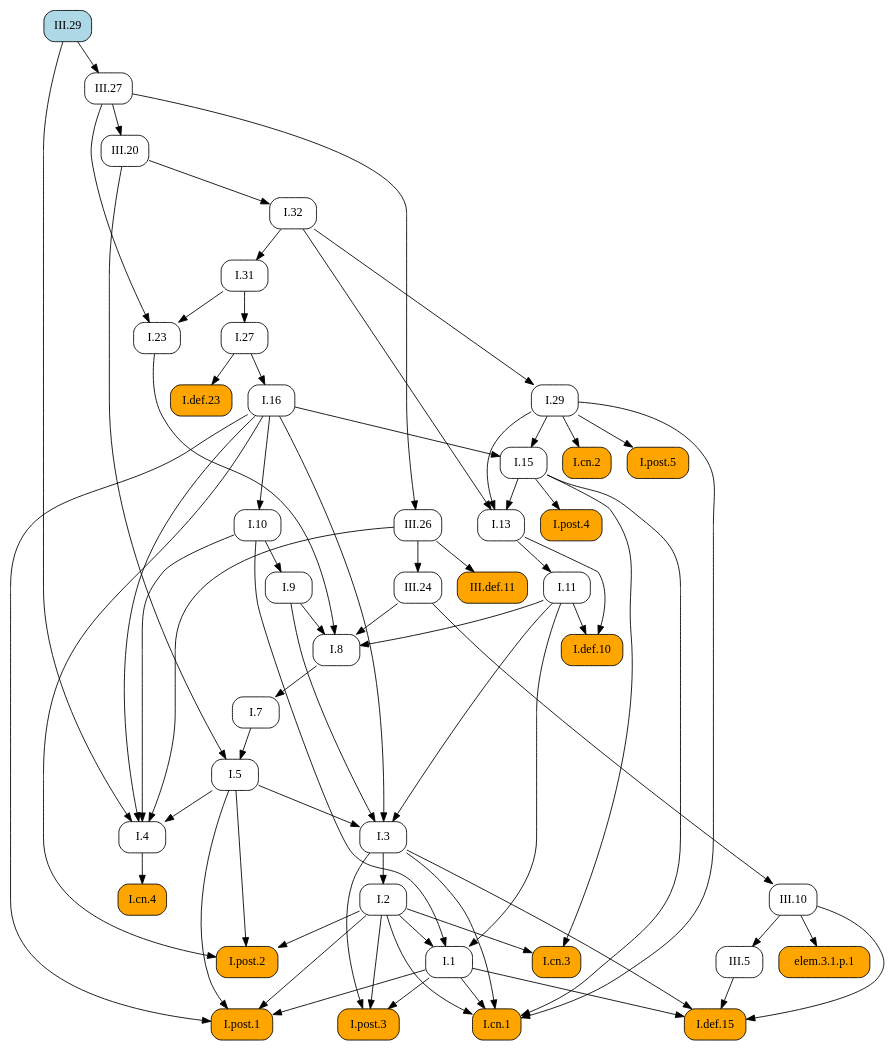
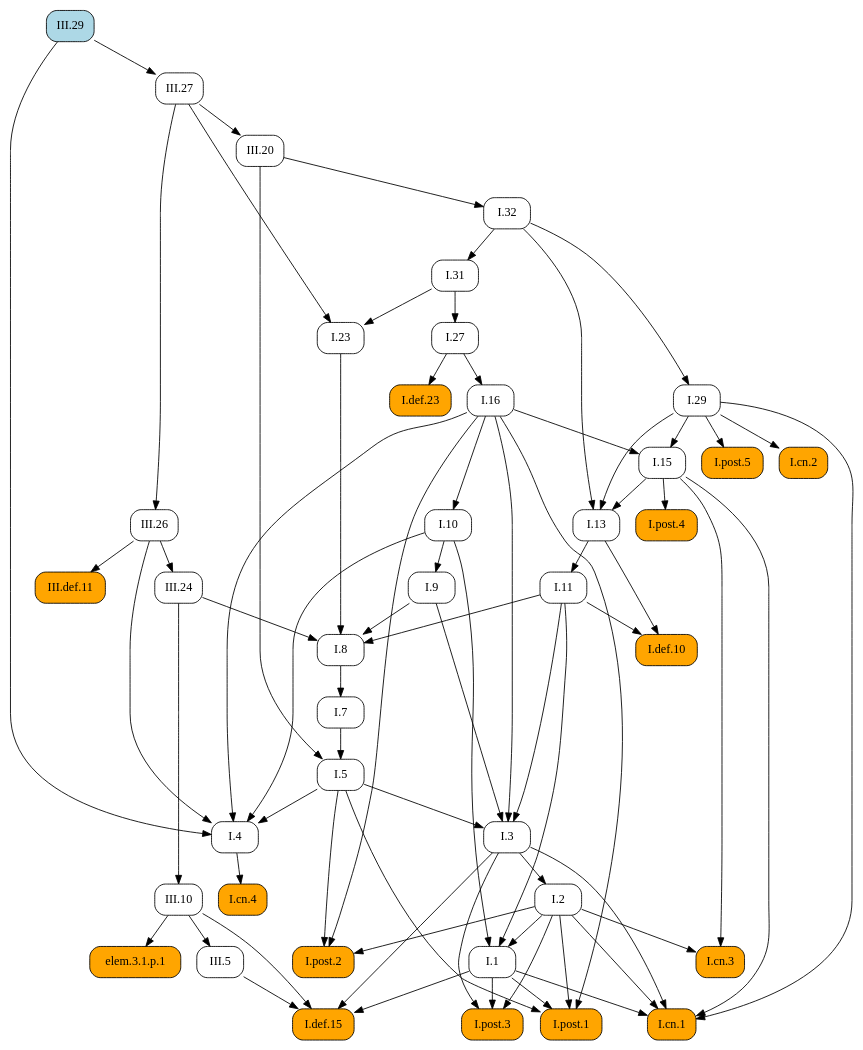
Before and after one commit to geometor/elements: the diagram in docsrc/heath/III/29/index.rst, drawn with Graphviz. The commit also changed other lines of this file and 1029 other files, not shown here.

```diff
--- a/docsrc/heath/III/29/index.rst
+++ b/docsrc/heath/III/29/index.rst
@@ -47,114 +47,114 @@
    digraph {
      rankdir="TB";
      node [shape=box, style=rounded];
+     "I.def.10" [style="rounded,filled", fillcolor=orange, URL="/heath/I/def.10/", target="_top"];
+     "I.11" [URL="/heath/I/11/", target="_top"];
+     "I.post.4" [style="rounded,filled", fillcolor=orange, URL="/heath/I/post.4/", target="_top"];
+     "I.1" [URL="/heath/I/1/", target="_top"];
+     "III.26" [URL="/heath/III/26/", target="_top"];
+     "III.20" [URL="/heath/III/20/", target="_top"];
+     "I.29" [URL="/heath/I/29/", target="_top"];
+     "elem.3.1.p.1" [style="rounded,filled", fillcolor=orange];
+     "I.cn.2" [style="rounded,filled", fillcolor=orange, URL="/heath/I/cn.2/", target="_top"];
+     "III.def.11" [style="rounded,filled", fillcolor=orange, URL="/heath/III/def.11/", target="_top"];
+     "I.def.15" [style="rounded,filled", fillcolor=orange, URL="/heath/I/def.15/", target="_top"];
+     "I.post.3" [style="rounded,filled", fillcolor=orange, URL="/heath/I/post.3/", target="_top"];
+     "I.cn.1" [style="rounded,filled", fillcolor=orange, URL="/heath/I/cn.1/", target="_top"];
      "I.cn.3" [style="rounded,filled", fillcolor=orange, URL="/heath/I/cn.3/", target="_top"];
-     "III.def.11" [style="rounded,filled", fillcolor=orange, URL="/heath/III/def.11/", target="_top"];
+     "I.23" [URL="/heath/I/23/", target="_top"];
+     "III.29" [style="rounded,filled", fillcolor=lightblue, URL="/heath/III/29/", target="_top"];
+     "I.post.1" [style="rounded,filled", fillcolor=orange, URL="/heath/I/post.1/", target="_top"];
+     "III.24" [URL="/heath/III/24/", target="_top"];
+     "I.27" [URL="/heath/I/27/", target="_top"];
      "I.7" [URL="/heath/I/7/", target="_top"];
-     "I.29" [URL="/heath/I/29/", target="_top"];
-     "I.27" [URL="/heath/I/27/", target="_top"];
+     "I.3" [URL="/heath/I/3/", target="_top"];
+     "I.2" [URL="/heath/I/2/", target="_top"];
+     "I.4" [URL="/heath/I/4/", target="_top"];
      "I.def.23" [style="rounded,filled", fillcolor=orange, URL="/heath/I/def.23/", target="_top"];
-     "I.8" [URL="/heath/I/8/", target="_top"];
+     "I.13" [URL="/heath/I/13/", target="_top"];
+     "I.post.2" [style="rounded,filled", fillcolor=orange, URL="/heath/I/post.2/", target="_top"];
+     "I.31" [URL="/heath/I/31/", target="_top"];
+     "I.16" [URL="/heath/I/16/", target="_top"];
      "III.10" [URL="/heath/III/10/", target="_top"];
      "I.9" [URL="/heath/I/9/", target="_top"];
-     "III.20" [URL="/heath/III/20/", target="_top"];
-     "I.post.4" [style="rounded,filled", fillcolor=orange, URL="/heath/I/post.4/", target="_top"];
-     "I.2" [URL="/heath/I/2/", target="_top"];
-     "I.def.15" [style="rounded,filled", fillcolor=orange, URL="/heath/I/def.15/", target="_top"];
-     "I.1" [URL="/heath/I/1/", target="_top"];
-     "I.post.1" [style="rounded,filled", fillcolor=orange, URL="/heath/I/post.1/", target="_top"];
      "III.27" [URL="/heath/III/27/", target="_top"];
+     "I.8" [URL="/heath/I/8/", target="_top"];
+     "I.32" [URL="/heath/I/32/", target="_top"];
      "I.cn.4" [style="rounded,filled", fillcolor=orange, URL="/heath/I/cn.4/", target="_top"];
-     "elem.3.1.p.1" [style="rounded,filled", fillcolor=orange];
-     "I.23" [URL="/heath/I/23/", target="_top"];
-     "I.13" [URL="/heath/I/13/", target="_top"];
+     "I.15" [URL="/heath/I/15/", target="_top"];
+     "I.post.5" [style="rounded,filled", fillcolor=orange, URL="/heath/I/post.5/", target="_top"];
+     "I.10" [URL="/heath/I/10/", target="_top"];
+     "I.5" [URL="/heath/I/5/", target="_top"];
      "III.5" [URL="/heath/III/5/", target="_top"];
-     "I.cn.2" [style="rounded,filled", fillcolor=orange, URL="/heath/I/cn.2/", target="_top"];
-     "I.5" [URL="/heath/I/5/", target="_top"];
-     "I.11" [URL="/heath/I/11/", target="_top"];
-     "I.10" [URL="/heath/I/10/", target="_top"];
-     "I.4" [URL="/heath/I/4/", target="_top"];
-     "I.3" [URL="/heath/I/3/", target="_top"];
-     "I.16" [URL="/heath/I/16/", target="_top"];
-     "III.26" [URL="/heath/III/26/", target="_top"];
-     "I.31" [URL="/heath/I/31/", target="_top"];
-     "III.29" [style="rounded,filled", fillcolor=lightblue, URL="/heath/III/29/", target="_top"];
-     "I.def.10" [style="rounded,filled", fillcolor=orange, URL="/heath/I/def.10/", target="_top"];
-     "I.post.2" [style="rounded,filled", fillcolor=orange, URL="/heath/I/post.2/", target="_top"];
-     "III.24" [URL="/heath/III/24/", target="_top"];
-     "I.post.3" [style="rounded,filled", fillcolor=orange, URL="/heath/I/post.3/", target="_top"];
-     "I.post.5" [style="rounded,filled", fillcolor=orange, URL="/heath/I/post.5/", target="_top"];
-     "I.15" [URL="/heath/I/15/", target="_top"];
-     "I.cn.1" [style="rounded,filled", fillcolor=orange, URL="/heath/I/cn.1/", target="_top"];
-     "I.32" [URL="/heath/I/32/", target="_top"];
-     "I.2" -> "I.cn.3";
-     "I.15" -> "I.cn.3";
+     "I.11" -> "I.def.10";
+     "I.13" -> "I.def.10";
+     "I.13" -> "I.11";
+     "I.15" -> "I.post.4";
+     "I.2" -> "I.1";
+     "I.10" -> "I.1";
+     "I.11" -> "I.1";
+     "III.27" -> "III.26";
+     "III.27" -> "III.20";
+     "I.32" -> "I.29";
+     "III.10" -> "elem.3.1.p.1";
+     "I.29" -> "I.cn.2";
      "III.26" -> "III.def.11";
-     "I.8" -> "I.7";
-     "I.32" -> "I.29";
-     "I.31" -> "I.27";
-     "I.27" -> "I.def.23";
-     "I.9" -> "I.8";
-     "I.11" -> "I.8";
-     "I.23" -> "I.8";
-     "III.24" -> "I.8";
-     "III.24" -> "III.10";
-     "I.10" -> "I.9";
-     "III.27" -> "III.20";
-     "I.15" -> "I.post.4";
-     "I.3" -> "I.2";
      "I.1" -> "I.def.15";
      "I.3" -> "I.def.15";
      "III.5" -> "I.def.15";
      "III.10" -> "I.def.15";
-     "I.2" -> "I.1";
-     "I.10" -> "I.1";
-     "I.11" -> "I.1";
+     "I.1" -> "I.post.3";
+     "I.2" -> "I.post.3";
+     "I.3" -> "I.post.3";
+     "I.1" -> "I.cn.1";
+     "I.2" -> "I.cn.1";
+     "I.3" -> "I.cn.1";
+     "I.15" -> "I.cn.1";
+     "I.29" -> "I.cn.1";
+     "I.2" -> "I.cn.3";
+     "I.15" -> "I.cn.3";
+     "I.31" -> "I.23";
+     "III.27" -> "I.23";
      "I.1" -> "I.post.1";
      "I.2" -> "I.post.1";
      "I.5" -> "I.post.1";
      "I.16" -> "I.post.1";
-     "III.29" -> "III.27";
-     "I.4" -> "I.cn.4";
-     "III.10" -> "elem.3.1.p.1";
-     "I.31" -> "I.23";
-     "III.27" -> "I.23";
-     "I.15" -> "I.13";
-     "I.29" -> "I.13";
-     "I.32" -> "I.13";
-     "III.10" -> "III.5";
-     "I.29" -> "I.cn.2";
-     "I.7" -> "I.5";
-     "III.20" -> "I.5";
-     "I.13" -> "I.11";
-     "I.16" -> "I.10";
+     "III.26" -> "III.24";
+     "I.31" -> "I.27";
+     "I.8" -> "I.7";
+     "I.5" -> "I.3";
+     "I.9" -> "I.3";
+     "I.11" -> "I.3";
+     "I.16" -> "I.3";
+     "I.3" -> "I.2";
      "I.5" -> "I.4";
      "I.10" -> "I.4";
      "I.16" -> "I.4";
      "III.26" -> "I.4";
      "III.29" -> "I.4";
-     "I.5" -> "I.3";
-     "I.9" -> "I.3";
-     "I.11" -> "I.3";
-     "I.16" -> "I.3";
-     "I.27" -> "I.16";
-     "III.27" -> "III.26";
-     "I.32" -> "I.31";
-     "I.11" -> "I.def.10";
-     "I.13" -> "I.def.10";
+     "I.27" -> "I.def.23";
+     "I.15" -> "I.13";
+     "I.29" -> "I.13";
+     "I.32" -> "I.13";
      "I.2" -> "I.post.2";
      "I.5" -> "I.post.2";
      "I.16" -> "I.post.2";
-     "III.26" -> "III.24";
-     "I.1" -> "I.post.3";
-     "I.2" -> "I.post.3";
-     "I.3" -> "I.post.3";
-     "I.29" -> "I.post.5";
+     "I.32" -> "I.31";
+     "I.27" -> "I.16";
+     "III.24" -> "III.10";
+     "I.10" -> "I.9";
+     "III.29" -> "III.27";
+     "I.9" -> "I.8";
+     "I.11" -> "I.8";
+     "I.23" -> "I.8";
+     "III.24" -> "I.8";
+     "III.20" -> "I.32";
+     "I.4" -> "I.cn.4";
      "I.16" -> "I.15";
      "I.29" -> "I.15";
-     "I.1" -> "I.cn.1";
-     "I.2" -> "I.cn.1";
-     "I.3" -> "I.cn.1";
-     "I.15" -> "I.cn.1";
-     "I.29" -> "I.cn.1";
-     "III.20" -> "I.32";
+     "I.29" -> "I.post.5";
+     "I.16" -> "I.10";
+     "I.7" -> "I.5";
+     "III.20" -> "I.5";
+     "III.10" -> "III.5";
    }
```
